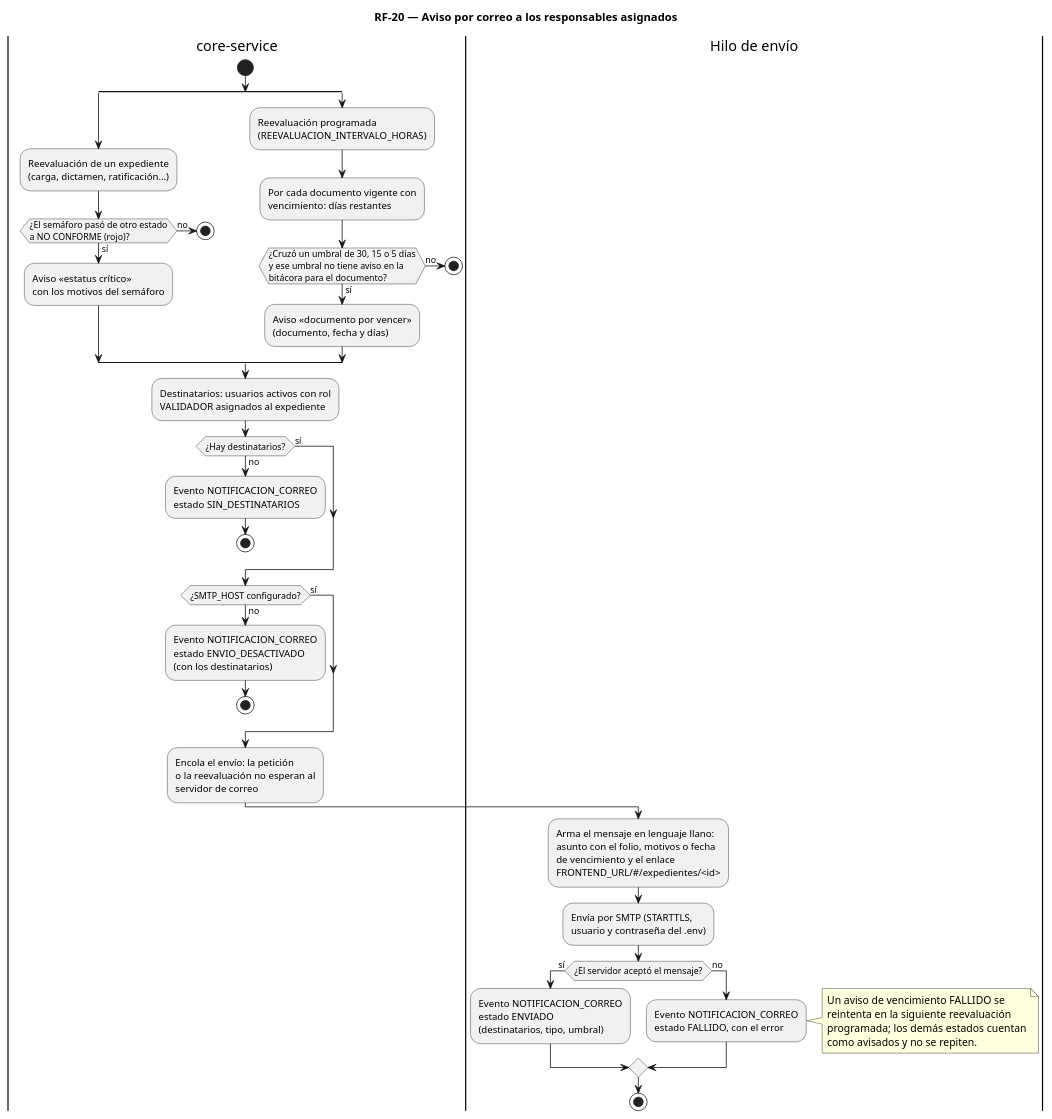
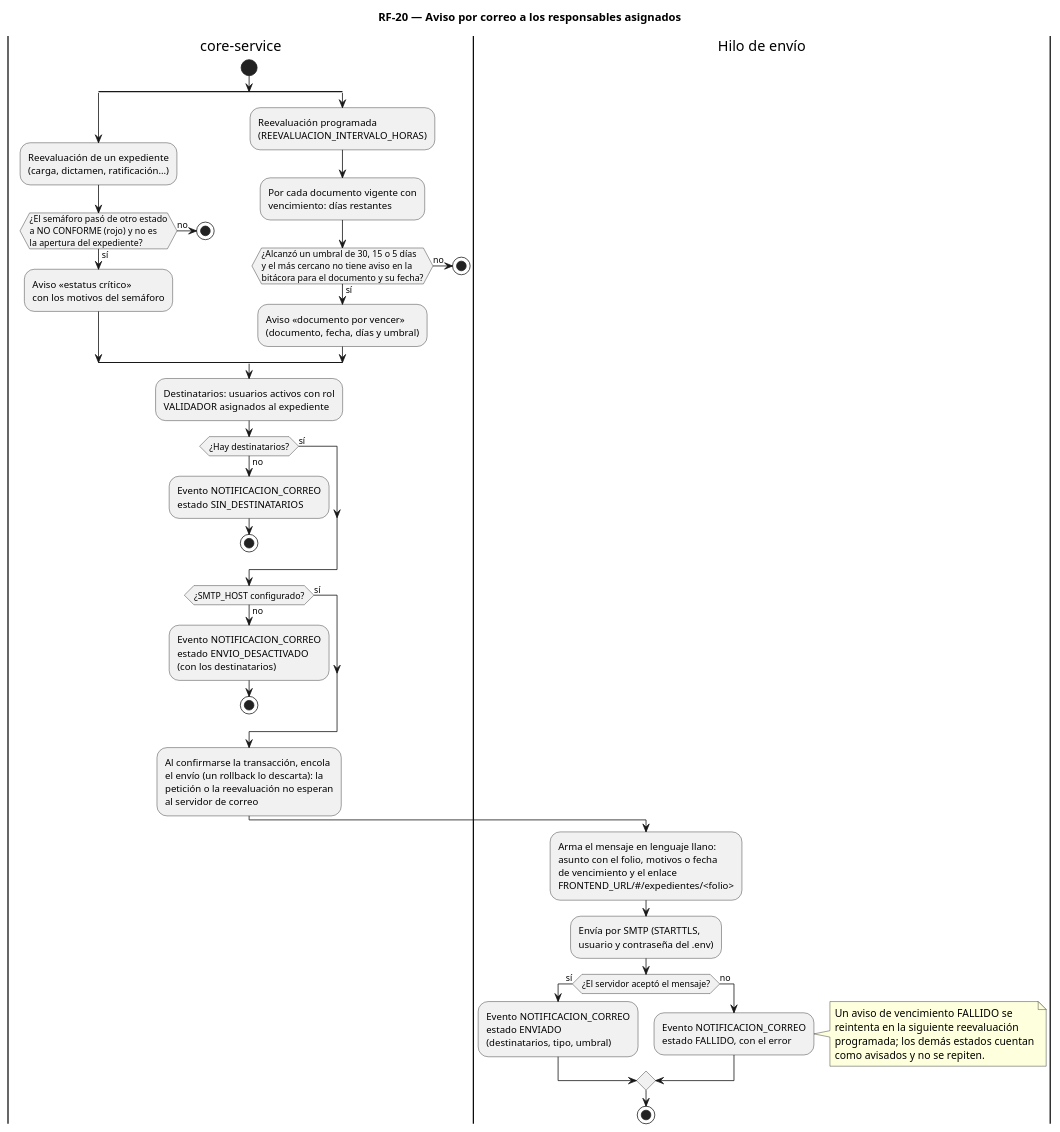
One commit to oliverpelay82-stack/G19X-ITCH-OVP-816-ACADEMIC changed the diagram in docs/uml/rf20-actividad-notificacion-correo.puml. Above: the diagram before and after it, drawn with PlantUML. The commit also changed 11 other files, not shown here.

First line of the commit message:
feat(core): RF-20, avisos por correo a los validadores asignados (HU-17)

```diff
--- a/docs/uml/rf20-actividad-notificacion-correo.puml
+++ b/docs/uml/rf20-actividad-notificacion-correo.puml
@@ -1,81 +1,84 @@
 @startuml rf20-actividad-notificacion-correo
 ' RF-20 — Notificaciones por correo electrónico (DOC-04, no PLUS; fase F5 del Módulo 7).
 ' Trazabilidad: RF-20 («a los responsables asignados cuando un expediente cambie a estatus
 ' crítico o un documento esté a punto de expirar»), HU-17 (el validador recibe el aviso),
 ' RF-17 (umbrales de anticipación de 30, 15 y 5 días), RF-19 (semáforo), RF-27 y HU-07
 ' (cada aviso queda en la bitácora), HU-31 (las asignaciones expediente–usuario dicen quién
 ' es responsable); RNF-08 (lenguaje llano, motor/redaccion.py); MRD MR-14.
 ' Diseño: PRD §5.2. Proveedor: SMTP genérico configurable (SMTP_HOST…); sin SMTP_HOST el
 ' envío está apagado y el aviso se registra como no enviado.
-' Implementación prevista: core-service motor/notificaciones.py, enganchada a
-' cumplimiento.reevaluar (cambio de semáforo) y a la reevaluación programada (vencimientos).
+' Implementación (F5, 15/10/2026): core-service motor/notificaciones.py, enganchada a
+' cumplimiento.sincronizar (cambio de semáforo) y a la reevaluación programada (vencimientos).
+' Pruebas: tests/test_notificaciones_correo.py con un servidor SMTP en memoria.
 
 title RF-20 — Aviso por correo a los responsables asignados
 
 |core-service|
 start
 split
   :Reevaluación de un expediente
   (carga, dictamen, ratificación…);
   if (¿El semáforo pasó de otro estado
-a NO CONFORME (rojo)?) then (sí)
+a NO CONFORME (rojo) y no es
+la apertura del expediente?) then (sí)
     :Aviso «estatus crítico»
     con los motivos del semáforo;
   else (no)
     stop
   endif
 split again
   :Reevaluación programada
   (REEVALUACION_INTERVALO_HORAS);
   :Por cada documento vigente con
   vencimiento: días restantes;
-  if (¿Cruzó un umbral de 30, 15 o 5 días
-y ese umbral no tiene aviso en la
-bitácora para el documento?) then (sí)
+  if (¿Alcanzó un umbral de 30, 15 o 5 días
+y el más cercano no tiene aviso en la
+bitácora para el documento y su fecha?) then (sí)
     :Aviso «documento por vencer»
-    (documento, fecha y días);
+    (documento, fecha, días y umbral);
   else (no)
     stop
   endif
 end split
 :Destinatarios: usuarios activos con rol
 VALIDADOR asignados al expediente;
 if (¿Hay destinatarios?) then (no)
   :Evento NOTIFICACION_CORREO
   estado SIN_DESTINATARIOS;
   stop
 else (sí)
 endif
 if (¿SMTP_HOST configurado?) then (no)
   :Evento NOTIFICACION_CORREO
   estado ENVIO_DESACTIVADO
   (con los destinatarios);
   stop
 else (sí)
 endif
-:Encola el envío: la petición
-o la reevaluación no esperan al
-servidor de correo;
+:Al confirmarse la transacción, encola
+el envío (un rollback lo descarta): la
+petición o la reevaluación no esperan
+al servidor de correo;
 |Hilo de envío|
 :Arma el mensaje en lenguaje llano:
 asunto con el folio, motivos o fecha
 de vencimiento y el enlace
-FRONTEND_URL/#/expedientes/<id>;
+FRONTEND_URL/#/expedientes/<folio>;
 :Envía por SMTP (STARTTLS,
 usuario y contraseña del .env);
 if (¿El servidor aceptó el mensaje?) then (sí)
   :Evento NOTIFICACION_CORREO
   estado ENVIADO
   (destinatarios, tipo, umbral);
 else (no)
   :Evento NOTIFICACION_CORREO
   estado FALLIDO, con el error;
   note right
     Un aviso de vencimiento FALLIDO se
     reintenta en la siguiente reevaluación
     programada; los demás estados cuentan
     como avisados y no se repiten.
   end note
 endif
 stop
 @enduml
```
